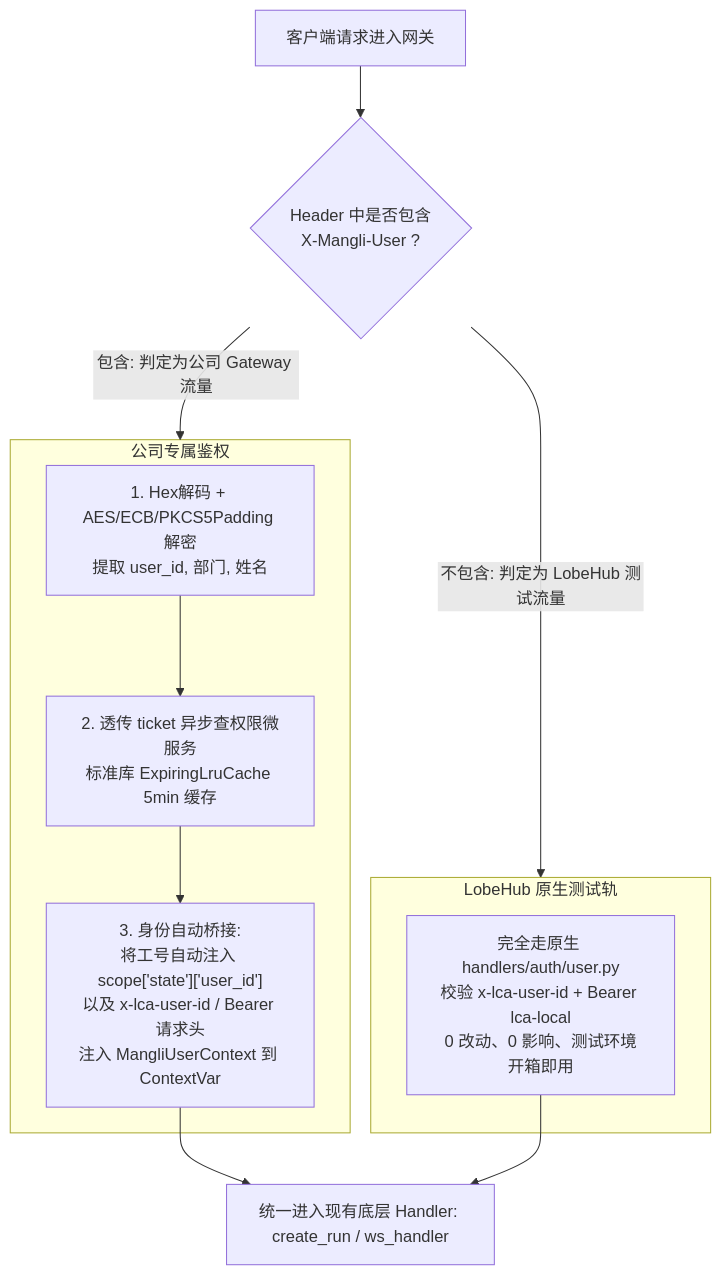
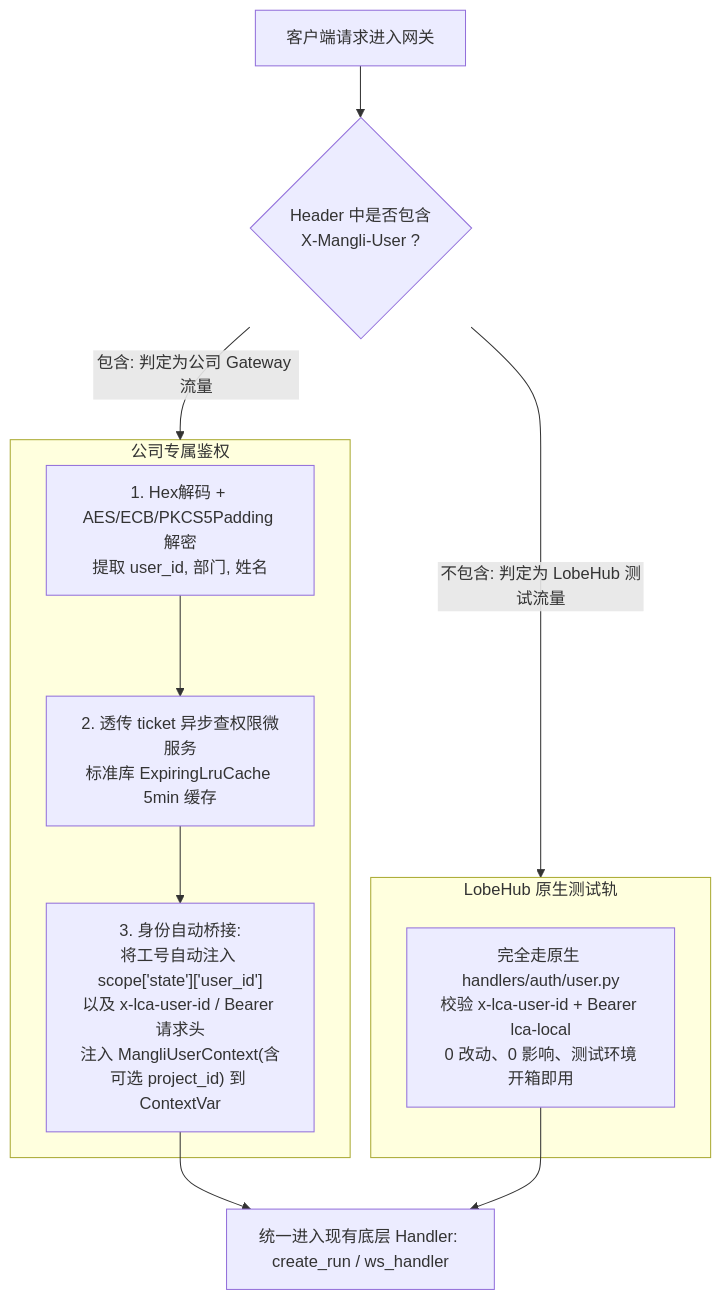
The diagram in docs/plans/2026-11-16-mangli-enterprise-integration-design.md (smartlijingyang-sudo/layered-cognitive-agent), drawn with Mermaid before and after one commit. The commit also changed other lines of this file and 2 other files, not shown here.

````diff
--- a/docs/plans/2026-11-16-mangli-enterprise-integration-design.md
+++ b/docs/plans/2026-11-16-mangli-enterprise-integration-design.md
@@ -33,21 +37,21 @@
 ```mermaid
 flowchart TD
     Req[客户端请求进入网关] --> CheckHeader{Header 中是否包含<br>X-Mangli-User ?}
     
     CheckHeader -->|包含: 判定为公司 Gateway 流量| MangliTrack[公司专属鉴权链路]
     CheckHeader -->|不包含: 判定为 LobeHub 测试流量| LobeHubTrack[LobeHub 原生鉴权链路]
 
     subgraph MangliTrack [公司专属鉴权]
         HexDec[1. Hex解码 + AES/ECB/PKCS5Padding 解密<br>提取 user_id, 部门, 姓名]
         PermFetch[2. 透传 ticket 异步查权限微服务<br>标准库 ExpiringLruCache 5min 缓存]
-        ContextInject["3. 身份自动桥接:<br>将工号自动注入 scope['state']['user_id']<br>以及 x-lca-user-id / Bearer 请求头<br>注入 MangliUserContext 到 ContextVar"]
+        ContextInject["3. 身份自动桥接:<br>将工号自动注入 scope['state']['user_id']<br>以及 x-lca-user-id / Bearer 请求头<br>注入 MangliUserContext(含可选 project_id) 到 ContextVar"]
         HexDec --> PermFetch --> ContextInject
     end
 
     subgraph LobeHubTrack [LobeHub 原生测试轨]
         NativeAuth[完全走原生 handlers/auth/user.py<br>校验 x-lca-user-id + Bearer lca-local<br>0 改动、0 影响、测试环境开箱即用]
     end
 
     ContextInject --> CoreHandler[统一进入现有底层 Handler: create_run / ws_handler]
     NativeAuth --> CoreHandler
 ```
````
